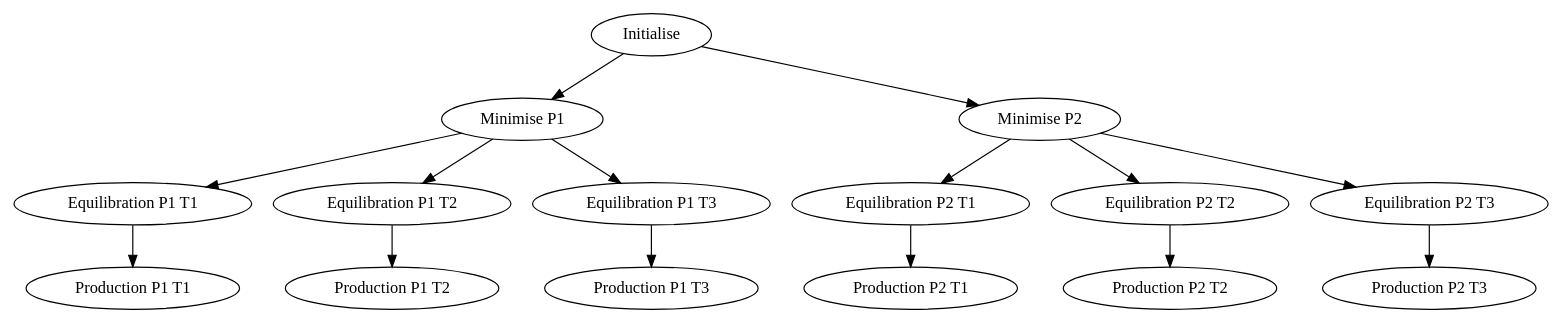
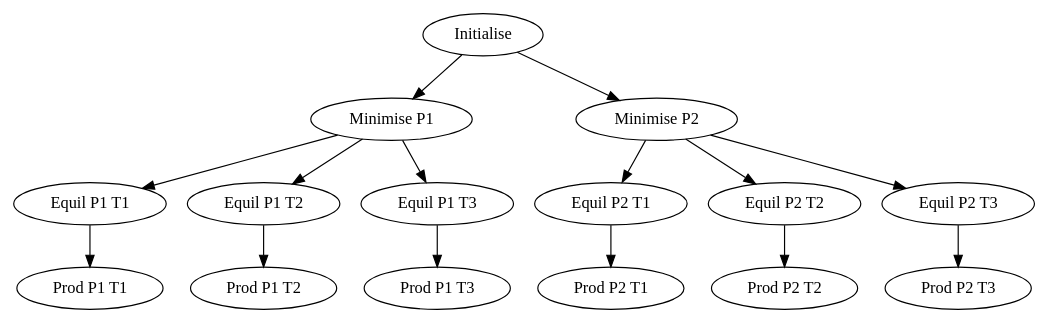
The diagram in 08_Appendix/figures/simulation.gv (malramsay64/phd-thesis), drawn with Graphviz before and after one commit.

Commit message:
fix(figure): Shorted prod and equil in simulation
This shortens the production and equilibration terms so the graph fits
better within the thesis.

```diff
--- a/08_Appendix/figures/simulation.gv
+++ b/08_Appendix/figures/simulation.gv
@@ -1,8 +1,8 @@
 digraph G {
-    "Initialise" -> "Minimise P1" -> "Equilibration P1 T1" -> "Production P1 T1";
-    "Minimise P1" -> "Equilibration P1 T2" -> "Production P1 T2";
-    "Minimise P1" -> "Equilibration P1 T3" -> "Production P1 T3";
-    "Initialise" -> "Minimise P2" -> "Equilibration P2 T1" -> "Production P2 T1";
-    "Minimise P2" -> "Equilibration P2 T2" -> "Production P2 T2";
-    "Minimise P2" -> "Equilibration P2 T3" -> "Production P2 T3";
+    "Initialise" -> "Minimise P1" -> "Equil P1 T1" -> "Prod P1 T1";
+    "Minimise P1" -> "Equil P1 T2" -> "Prod P1 T2";
+    "Minimise P1" -> "Equil P1 T3" -> "Prod P1 T3";
+    "Initialise" -> "Minimise P2" -> "Equil P2 T1" -> "Prod P2 T1";
+    "Minimise P2" -> "Equil P2 T2" -> "Prod P2 T2";
+    "Minimise P2" -> "Equil P2 T3" -> "Prod P2 T3";
 }
```
